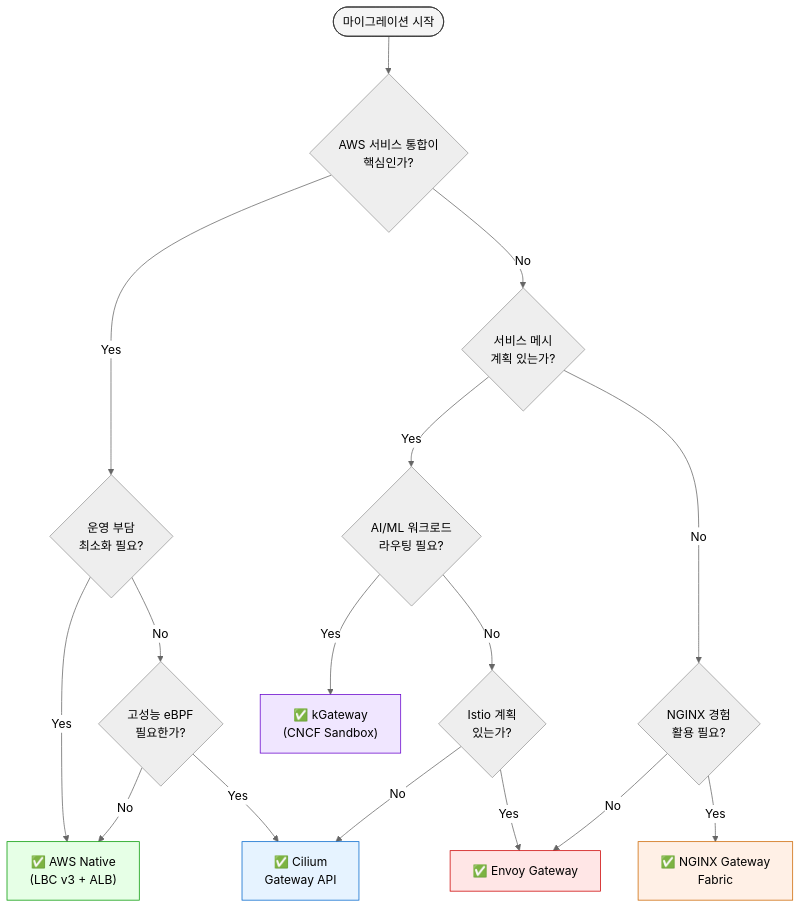
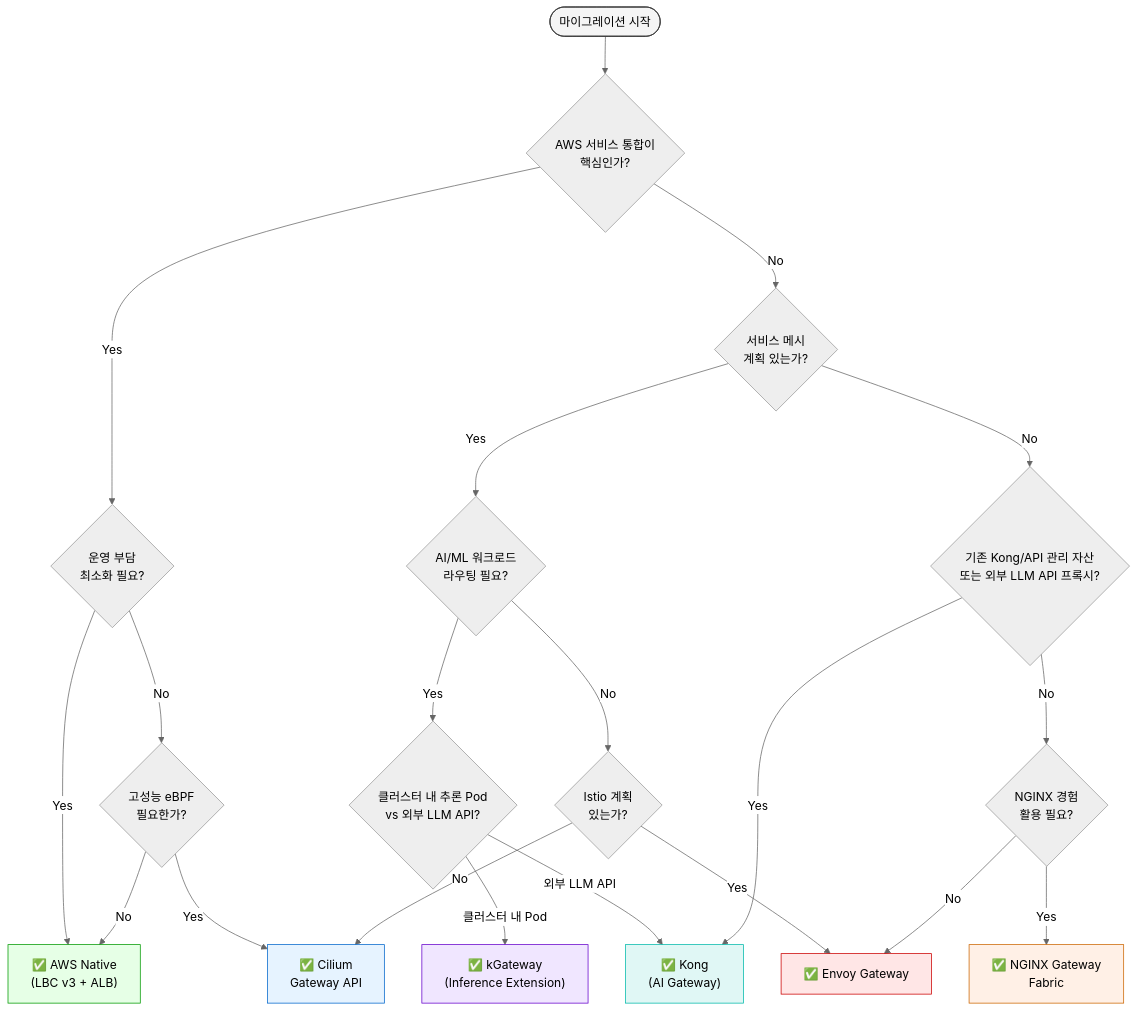
One commit to devfloor9/engineering-playbook changed the seventh of 7 diagrams in docs/eks-best-practices/networking-performance/gateway-api-adoption-guide/index.md. Above: the diagram before and after it, drawn with Mermaid (neutral theme). The commit also changed other lines of this file and 23 other files, not shown here.

First line of the commit message:
docs(gateway): Kong 추가·시각화 개선 + 티어드 게이트웨이 용어 통일 + OpenRouter·hermes-agent 통합

````diff
--- a/docs/eks-best-practices/networking-performance/gateway-api-adoption-guide/index.md
+++ b/docs/eks-best-practices/networking-performance/gateway-api-adoption-guide/index.md
@@ -2079,32 +767,39 @@
 ```mermaid
 flowchart TD
     start([마이그레이션 시작]) --> q1{AWS 서비스 통합이<br/>핵심인가?}
 
     q1 -->|Yes| q2{운영 부담<br/>최소화 필요?}
     q1 -->|No| q3{서비스 메시<br/>계획 있는가?}
 
     q2 -->|Yes| aws["✅ AWS Native<br/>(LBC v3 + ALB)"]
     q2 -->|No| q4{고성능 eBPF<br/>필요한가?}
 
     q4 -->|Yes| cilium["✅ Cilium<br/>Gateway API"]
     q4 -->|No| aws
 
     q3 -->|Yes| q5{AI/ML 워크로드<br/>라우팅 필요?}
-    q3 -->|No| q6{NGINX 경험<br/>활용 필요?}
+    q3 -->|No| q8{기존 Kong/API 관리 자산<br/>또는 외부 LLM API 프록시?}
 
-    q5 -->|Yes| kgw["✅ kGateway<br/>(CNCF Sandbox)"]
+    q5 -->|Yes| q5a{클러스터 내 추론 Pod<br/>vs 외부 LLM API?}
     q5 -->|No| q7{Istio 계획<br/>있는가?}
+
+    q5a -->|"클러스터 내 Pod"| kgw["✅ kGateway<br/>(Inference Extension)"]
+    q5a -->|"외부 LLM API"| kong["✅ Kong<br/>(AI Gateway)"]
 
     q7 -->|Yes| envoy["✅ Envoy Gateway"]
     q7 -->|No| cilium
+
+    q8 -->|Yes| kong
+    q8 -->|No| q6{NGINX 경험<br/>활용 필요?}
 
     q6 -->|Yes| nginx["✅ NGINX Gateway<br/>Fabric"]
     q6 -->|No| envoy
 
     style start fill:#f5f5f5,stroke:#333
     style aws fill:#e6ffe6,stroke:#009900
     style cilium fill:#e6f3ff,stroke:#0066cc
     style nginx fill:#fff0e6,stroke:#cc6600
     style envoy fill:#ffe6e6,stroke:#cc0000
     style kgw fill:#f0e6ff,stroke:#6600cc
+    style kong fill:#e0f7f5,stroke:#00b9aa
 ```
````
